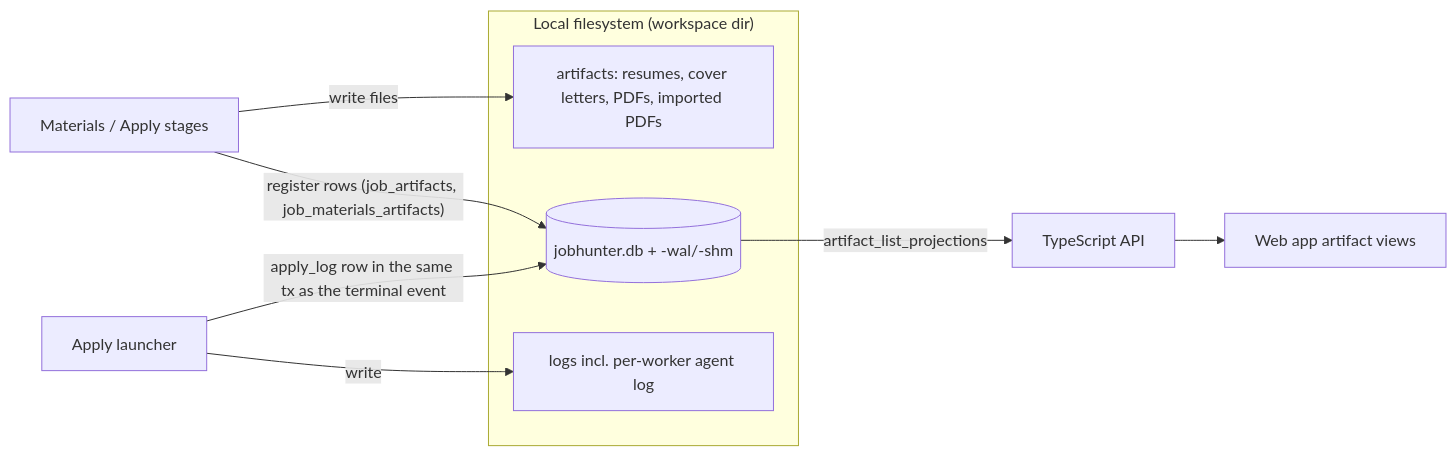
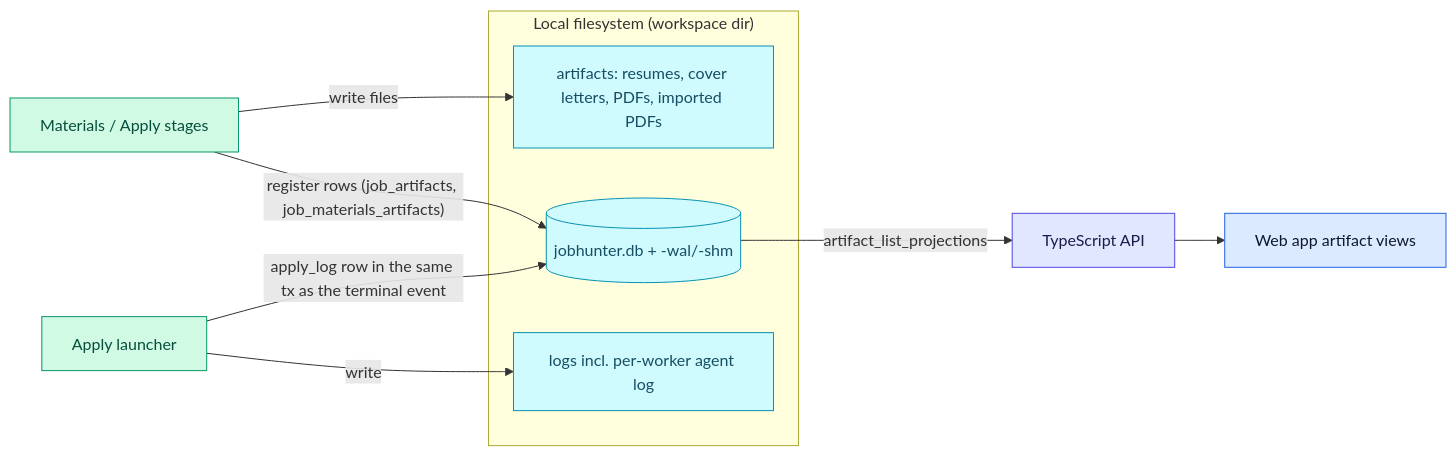
Before and after one commit to ebarti/JobCtrl: the second of 2 diagrams in docs/architecture/storage.md, drawn with Mermaid. The commit also changed other lines of this file and 57 other files, not shown here.

````diff
--- a/docs/architecture/storage.md
+++ b/docs/architecture/storage.md
@@ -103,14 +110,23 @@
 ```mermaid
 flowchart LR
     subgraph FS["Local filesystem (workspace dir)"]
         DB[("jobhunter.db + -wal/-shm")]
         ART["artifacts: resumes, cover letters, PDFs, imported PDFs"]
         LOGS["logs incl. per-worker agent log"]
     end
     GEN["Materials / Apply stages"] -->|write files| ART
     GEN -->|"register rows (job_artifacts, job_materials_artifacts)"| DB
     APPLY["Apply launcher"] -->|"apply_log row in the same tx as the terminal event"| DB
     APPLY -->|write| LOGS
     DB -->|"artifact_list_projections"| API["TypeScript API"]
     API --> WEB["Web app artifact views"]
+
+    classDef ui fill:#dbeafe,stroke:#2563eb,color:#0f172a
+    classDef ts fill:#e0e7ff,stroke:#4f46e5,color:#1e1b4b
+    classDef py fill:#d1fae5,stroke:#059669,color:#064e3b
+    classDef store fill:#cffafe,stroke:#0891b2,color:#164e63
+    class GEN,APPLY py
+    class API ts
+    class WEB ui
+    class DB,ART,LOGS store
 ```
````
